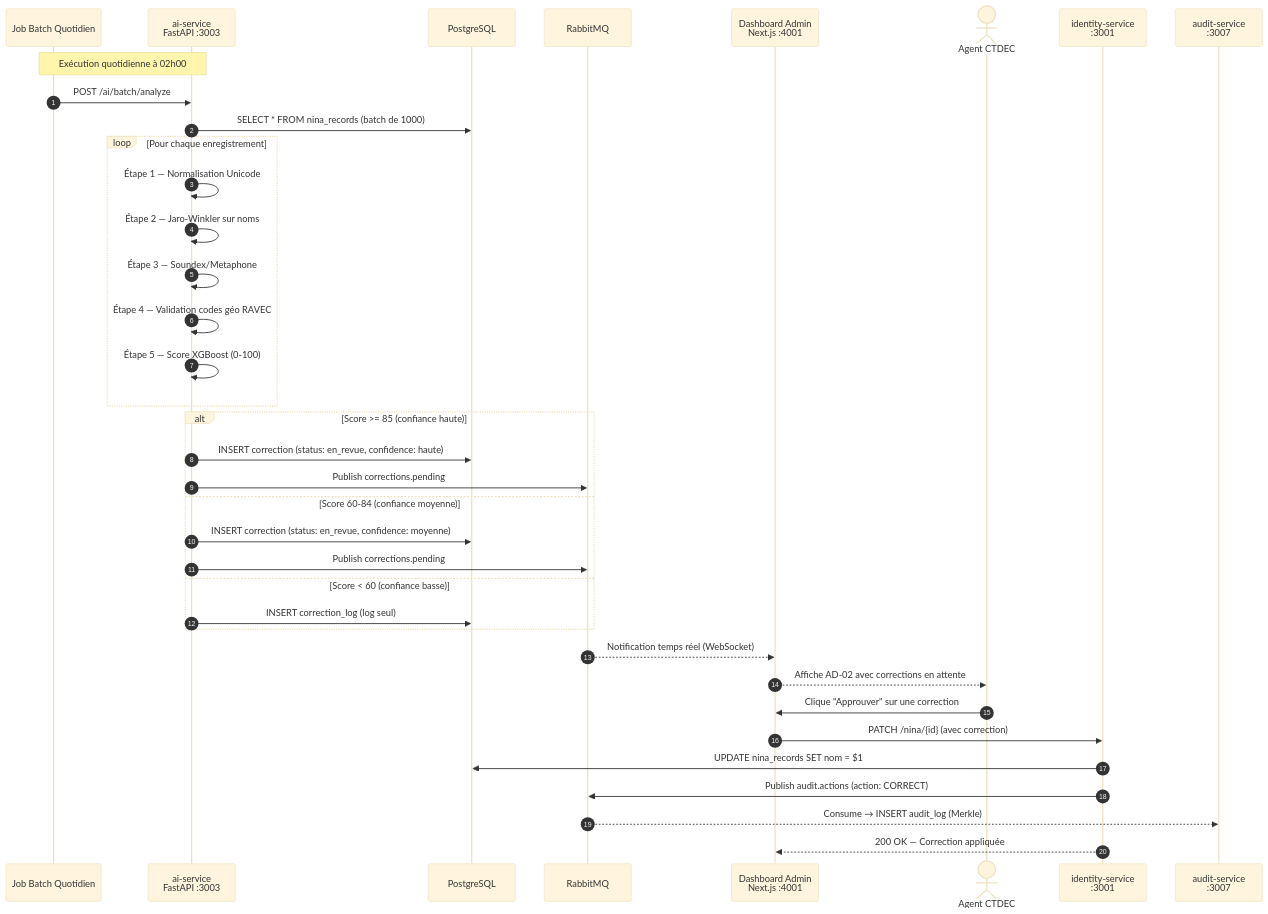
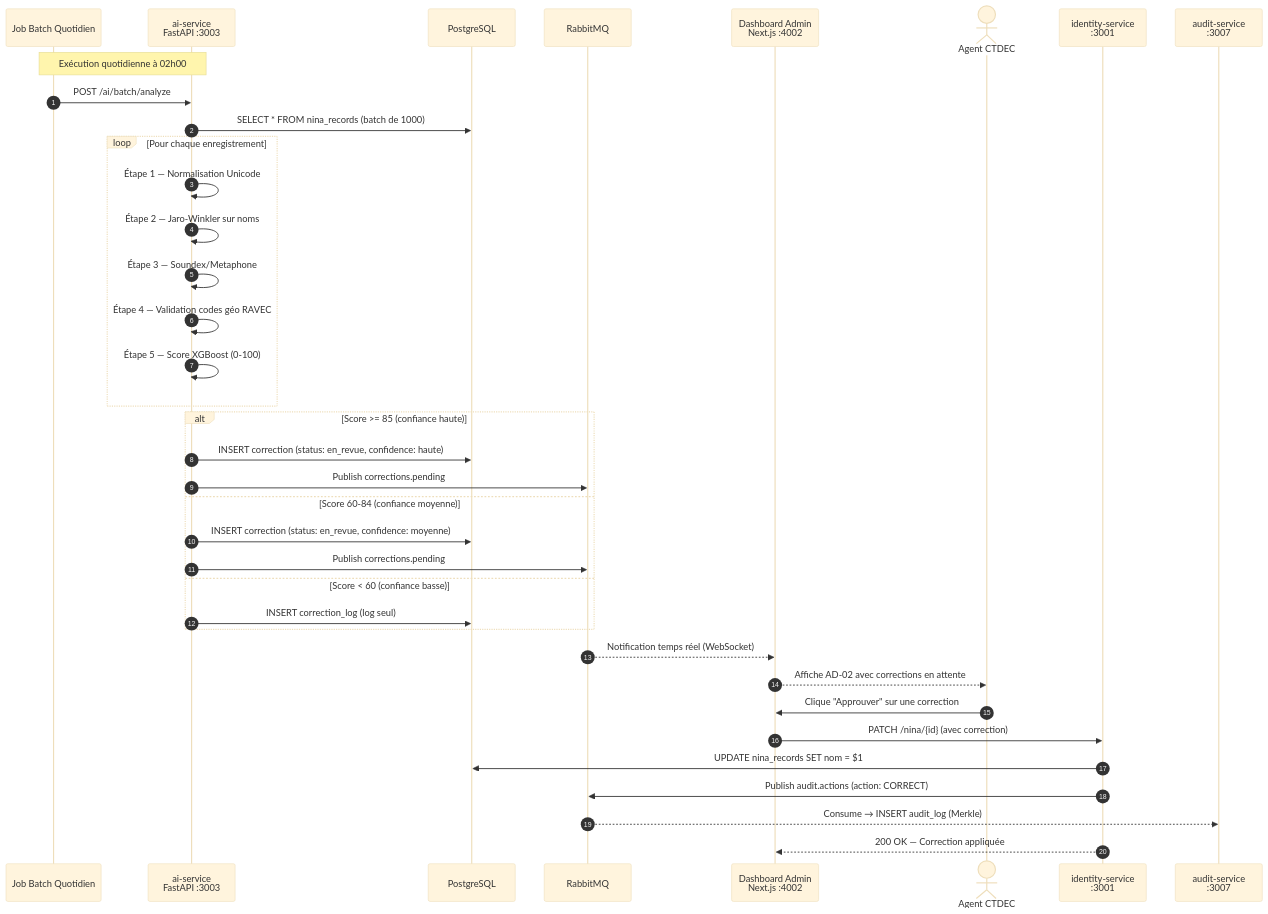
The fifth of 13 diagrams in docs/02-ARCHITECTURE-GLOBALE.md (TheManInPink/Session-Ete-2026), drawn with Mermaid (base theme) before and after one commit. The commit also changed other lines of this file and 5 other files, not shown here.

````diff
--- a/docs/02-ARCHITECTURE-GLOBALE.md
+++ b/docs/02-ARCHITECTURE-GLOBALE.md
@@ -291,45 +291,45 @@
 ```mermaid
 sequenceDiagram
     autonumber
     participant CRON as Job Batch Quotidien
     participant AI as ai-service<br/>FastAPI :3003
     participant PG as PostgreSQL
     participant RMQ as RabbitMQ
-    participant ADM_FE as Dashboard Admin<br/>Next.js :4001
+    participant ADM_FE as Dashboard Admin<br/>Next.js :4002
     actor AGT as Agent CTDEC
     participant ID as identity-service<br/>:3001
     participant AUD as audit-service<br/>:3007
 
     Note over CRON,AI: Exécution quotidienne à 02h00
 
     CRON->>AI: POST /ai/batch/analyze
     AI->>PG: SELECT * FROM nina_records (batch de 1000)
 
     loop Pour chaque enregistrement
         AI->>AI: Étape 1 — Normalisation Unicode
         AI->>AI: Étape 2 — Jaro-Winkler sur noms
         AI->>AI: Étape 3 — Soundex/Metaphone
         AI->>AI: Étape 4 — Validation codes géo RAVEC
         AI->>AI: Étape 5 — Score XGBoost (0-100)
     end
 
     alt Score >= 85 (confiance haute)
         AI->>PG: INSERT correction (status: en_revue, confidence: haute)
         AI->>RMQ: Publish corrections.pending
     else Score 60-84 (confiance moyenne)
         AI->>PG: INSERT correction (status: en_revue, confidence: moyenne)
         AI->>RMQ: Publish corrections.pending
     else Score < 60 (confiance basse)
         AI->>PG: INSERT correction_log (log seul)
     end
 
     RMQ-->>ADM_FE: Notification temps réel (WebSocket)
     ADM_FE-->>AGT: Affiche AD-02 avec corrections en attente
 
     AGT->>ADM_FE: Clique "Approuver" sur une correction
     ADM_FE->>ID: PATCH /nina/{id} (avec correction)
     ID->>PG: UPDATE nina_records SET nom = $1
     ID->>RMQ: Publish audit.actions (action: CORRECT)
     RMQ-->>AUD: Consume → INSERT audit_log (Merkle)
     ID-->>ADM_FE: 200 OK — Correction appliquée
 ```
````
